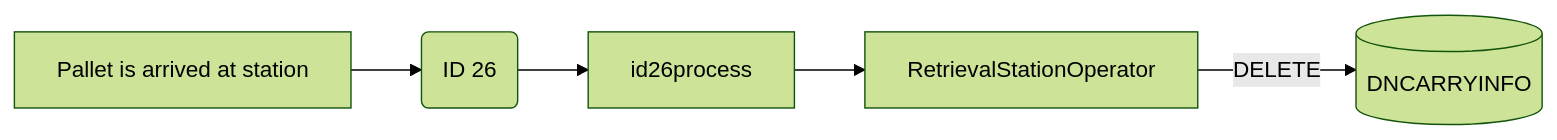
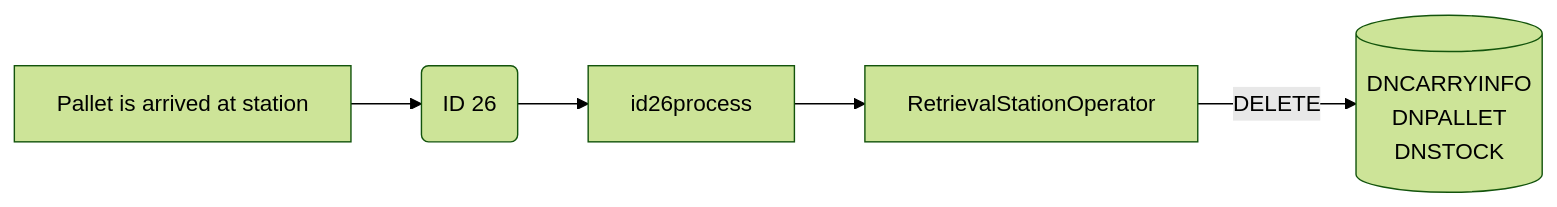
The eighth of 8 diagrams in Basic-Design/DFD-WMS/Retrieval/Unplanned-Retrieval-from-HP-Area.md (luthfiadityaa/SimeDarby-Wiki), drawn with Mermaid (forest theme) before and after one commit.

Commit message:
Updated Unplanned Retrieval from HP Area

```diff
--- a/Basic-Design/DFD-WMS/Retrieval/Unplanned-Retrieval-from-HP-Area.md
+++ b/Basic-Design/DFD-WMS/Retrieval/Unplanned-Retrieval-from-HP-Area.md
@@ -233,25 +233,27 @@
 ::: mermaid
 flowchart LR
 
 buttonclicked["
 Pallet is arrived at station
 "]
 
 id26msg("
 ID 26
 ")
 
-id26-update[("
+id26-delete[("
 DNCARRYINFO
+DNPALLET
+DNSTOCK
 ")]
 
 id26process[id26process]
 retrievaloperator[RetrievalStationOperator]
 
 
 buttonclicked --> id26msg
 id26msg -->id26process
 id26process-->retrievaloperator
 
-retrievaloperator--> |DELETE| id26-update
+retrievaloperator--> |DELETE| id26-delete
 :::
```
